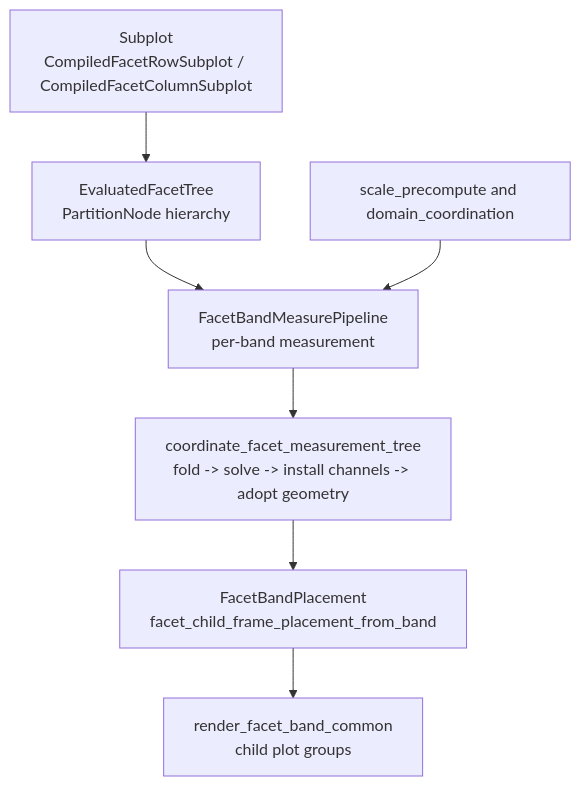
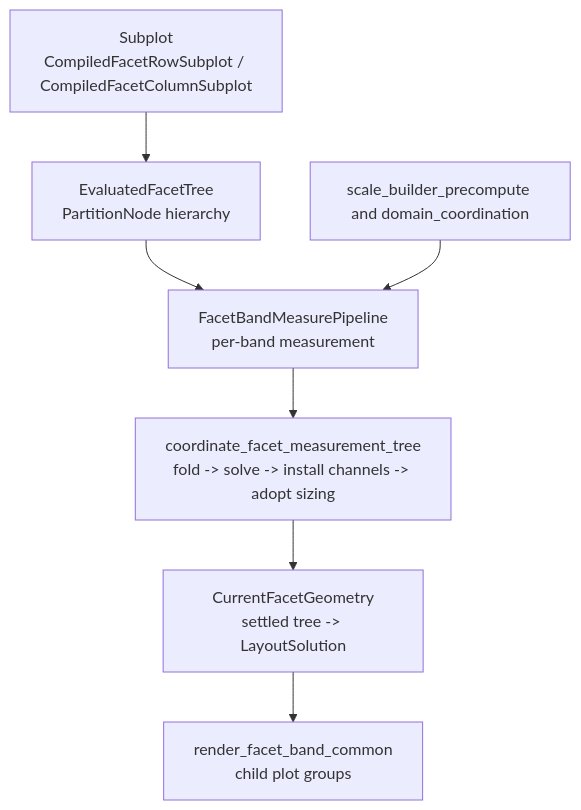
The first of 2 diagrams in avenger-chart/docs/architecture/facet-system.md (jonmmease/avenger), drawn with Mermaid before and after one commit. The commit also changed other lines of this file and 19 other files, not shown here.

Commit message:
refactor(chart): simplify facet post-scale pipeline

````diff
--- a/avenger-chart/docs/architecture/facet-system.md
+++ b/avenger-chart/docs/architecture/facet-system.md
@@ -9,17 +9,17 @@
 ```mermaid
 flowchart TD
     Compile["Subplot<FacetRow/FacetColumn>\nCompiledFacetRowSubplot / CompiledFacetColumnSubplot"]
     Tree["EvaluatedFacetTree\nPartitionNode hierarchy"]
     Band["FacetBandMeasurePipeline\nper-band measurement"]
-    Domains["scale_precompute and domain_coordination"]
-    Coordination["coordinate_facet_measurement_tree\nfold -> solve -> install channels -> adopt geometry"]
-    Placement["FacetBandPlacement\nfacet_child_frame_placement_from_band"]
+    Domains["scale_builder_precompute and domain_coordination"]
+    Coordination["coordinate_facet_measurement_tree\nfold -> solve -> install channels -> adopt sizing"]
+    Geometry["CurrentFacetGeometry\nsettled tree -> LayoutSolution"]
     Render["render_facet_band_common\nchild plot groups"]
 
     Compile --> Tree
     Tree --> Band
     Domains --> Band
     Band --> Coordination
-    Coordination --> Placement
-    Placement --> Render
+    Coordination --> Geometry
+    Geometry --> Render
 ```
````
